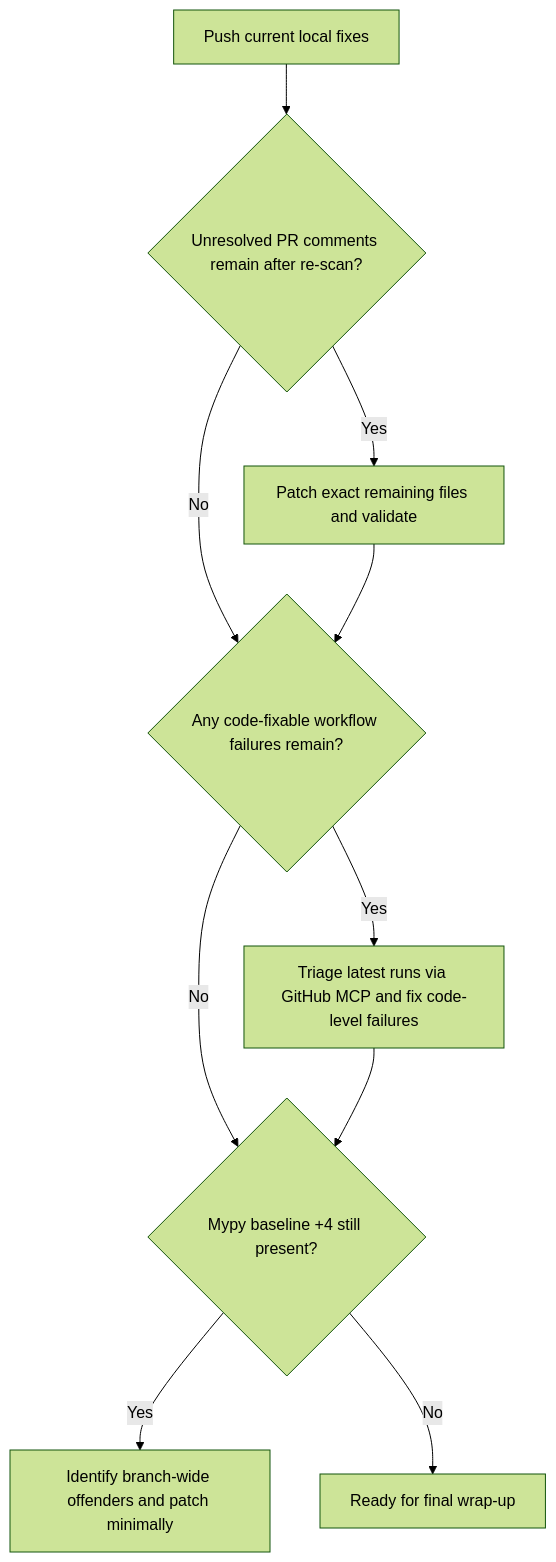
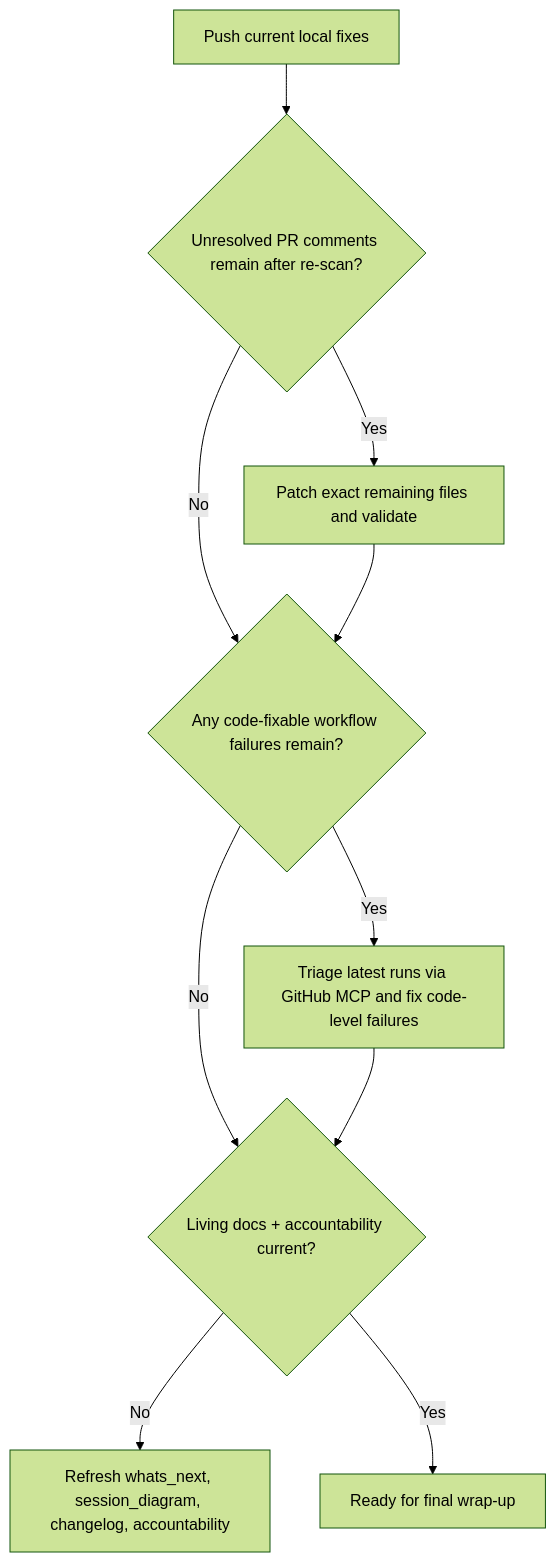
Before and after one commit to Aries-Serpent/_codex_: the second of 2 diagrams in docs/sessions/PR4395_session_diagram.md, drawn with Mermaid (forest theme). The commit also changed other lines of this file and 5 other files, not shown here.

First line of the commit message:
fix(review): clear final two bot findings and refresh PR4395 status

````diff
--- a/docs/sessions/PR4395_session_diagram.md
+++ b/docs/sessions/PR4395_session_diagram.md
@@ -42,12 +45,12 @@
 ```mermaid
 flowchart TD
     A[Push current local fixes] --> B{Unresolved PR comments remain after re-scan?}
     B -->|Yes| C[Patch exact remaining files and validate]
     B -->|No| D{Any code-fixable workflow failures remain?}
     C --> D
     D -->|Yes| E[Triage latest runs via GitHub MCP and fix code-level failures]
-    D -->|No| F{Mypy baseline +4 still present?}
+    D -->|No| F{Living docs + accountability current?}
     E --> F
-    F -->|Yes| G[Identify branch-wide offenders and patch minimally]
-    F -->|No| H[Ready for final wrap-up]
+    F -->|No| G[Refresh whats_next, session_diagram, changelog, accountability]
+    F -->|Yes| H[Ready for final wrap-up]
 ```
````
